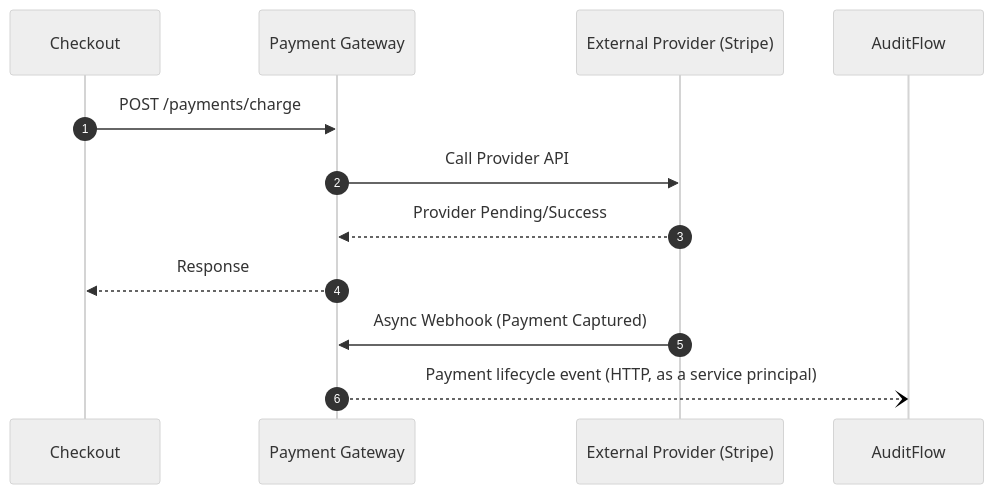
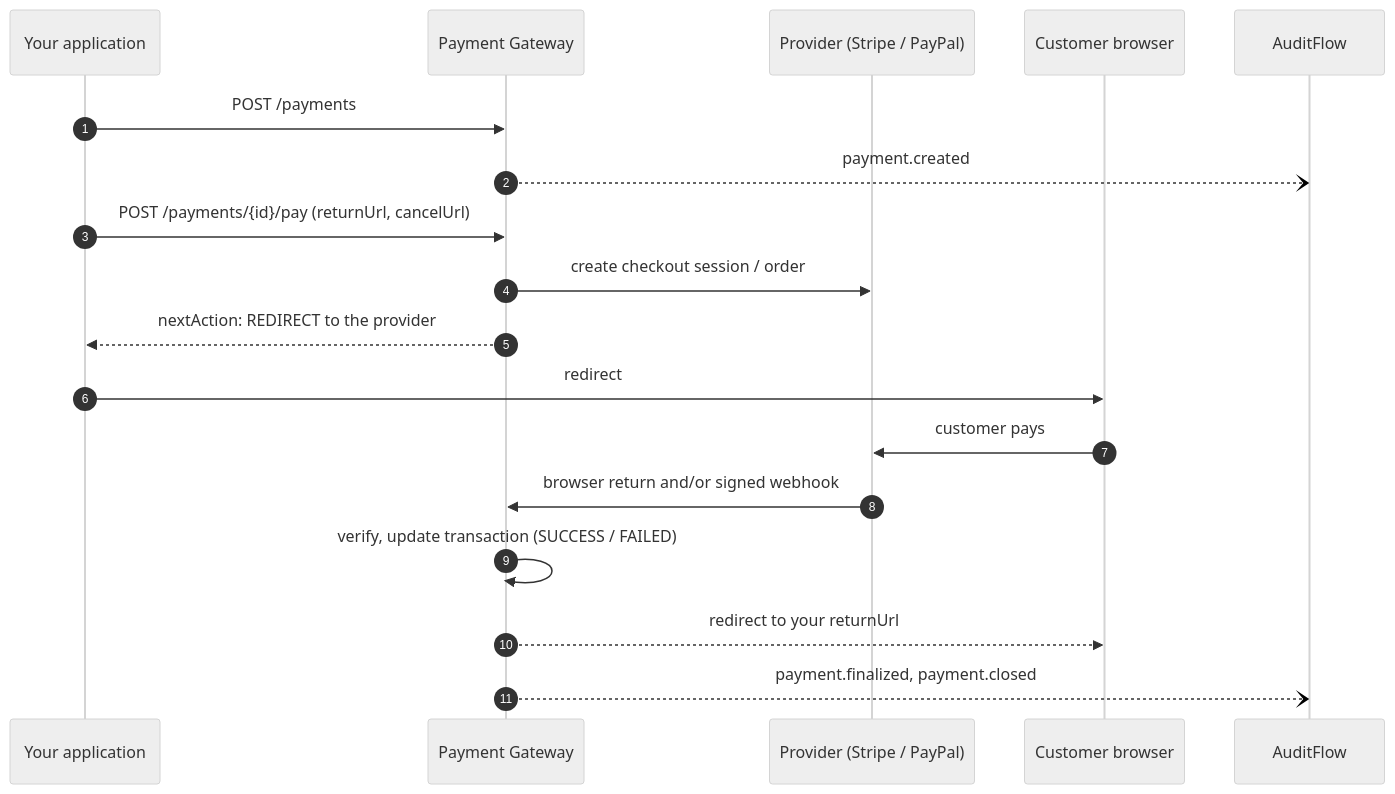
Before and after one commit to Labs64/labs64.io-docs: the second of 2 diagrams in modules/payment-gateway/index.md, drawn with Mermaid (neutral theme). The commit also changed other lines of this file and 27 other files, not shown here.

First line of the commit message:
Make the public docs the primary architecture and module reference

````diff
--- a/modules/payment-gateway/index.md
+++ b/modules/payment-gateway/index.md
@@ -24,16 +53,21 @@
 ```mermaid
 sequenceDiagram
     autonumber
-    participant CO as Checkout
+    participant A as Your application
     participant PG as Payment Gateway
-    participant PSP as External Provider (Stripe)
+    participant PSP as Provider (Stripe / PayPal)
+    participant B as Customer browser
     participant AF as AuditFlow
 
-    CO->>PG: POST /payments/charge
-    PG->>PSP: Call Provider API
-    PSP-->>PG: Provider Pending/Success
-    PG-->>CO: Response
-    
-    PSP->>PG: Async Webhook (Payment Captured)
-    PG--)AF: Payment lifecycle event (HTTP, as a service principal)
+    A->>PG: POST /payments
+    PG--)AF: payment.created
+    A->>PG: POST /payments/{id}/pay (returnUrl, cancelUrl)
+    PG->>PSP: create checkout session / order
+    PG-->>A: nextAction: REDIRECT to the provider
+    A->>B: redirect
+    B->>PSP: customer pays
+    PSP->>PG: browser return and/or signed webhook
+    PG->>PG: verify, update transaction (SUCCESS / FAILED)
+    PG-->>B: redirect to your returnUrl
+    PG--)AF: payment.finalized, payment.closed
 ```
````
